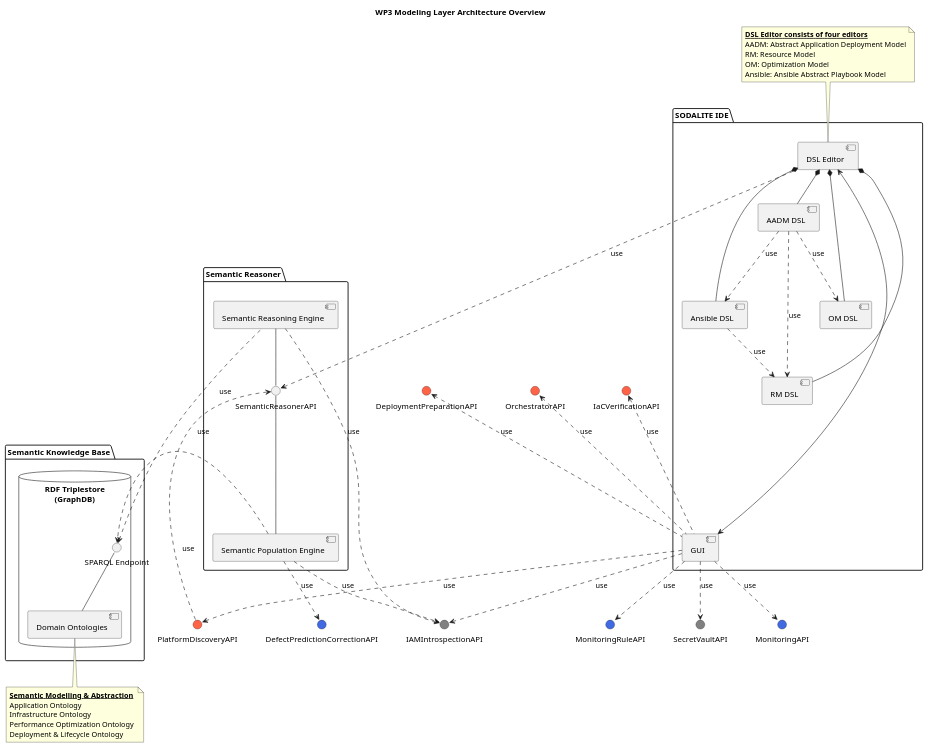
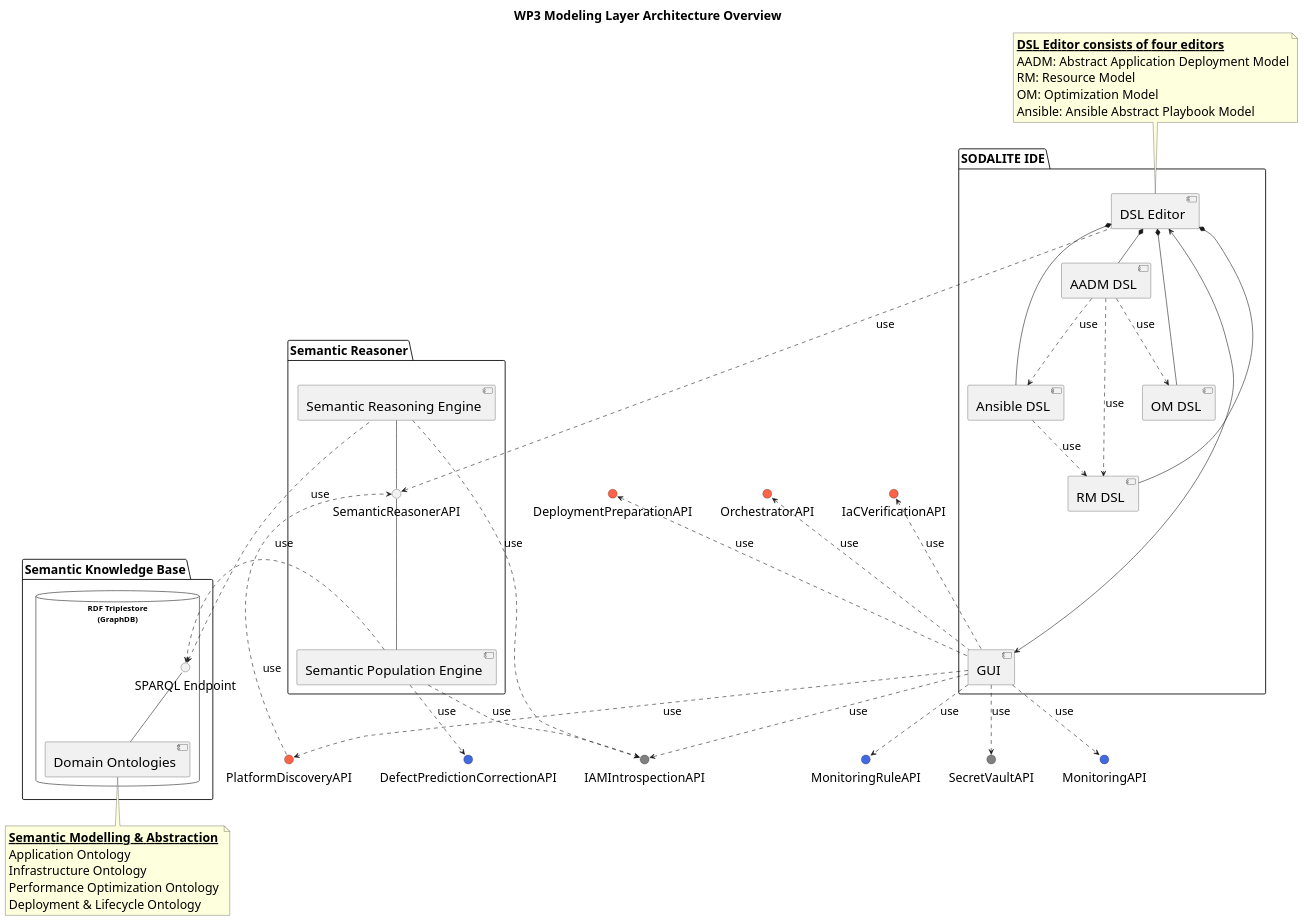
Before and after one commit to SODALITE-EU/project-wide-documentation: the diagram in uml/component-diagrams/CD-WP3-ArchitectureOverview.puml, drawn with PlantUML.

Commit message:
Increasing fonts

```diff
--- a/uml/component-diagrams/CD-WP3-ArchitectureOverview.puml
+++ b/uml/component-diagrams/CD-WP3-ArchitectureOverview.puml
@@ -1,84 +1,89 @@
 @startuml
+title WP3 Modeling Layer Architecture Overview
+skinparam componentFontSize 24
+skinparam componentArrowFontSize 20
+skinparam packageFontSize 22
+skinparam interfaceFontSize 22
+skinparam titleFontSize 22
+skinparam NoteFontSize 22
 
-title WP3 Modeling Layer Architecture Overview
+
 
 interface "IAMIntrospectionAPI" as AAUAPI #808080
 interface "SecretVaultAPI" as SecretVaultAPI #808080
 interface "DeploymentPreparationAPI" as deploymentPreparationAPI #FF6347
 interface "DefectPredictionCorrectionAPI" as correctionAPI #4169E1
 interface "MonitoringAPI" as monitoringAPI #4169E1
 interface "MonitoringRuleAPI" as monitoringRuleAPI #4169E1
 interface "IaCVerificationAPI" as iacverificationAPI #FF6347
 interface "OrchestratorAPI" as orchestratorAPI #FF6347
 interface "PlatformDiscoveryAPI" as PDS #FF6347
 
 package "SODALITE IDE" as IDE {
     component [DSL Editor] as ideDSLeditor
     component [AADM DSL] as AADM
     component [RM DSL] as RM
     component [OM DSL] as OM
     component [Ansible DSL] as Ansible
 
     ideDSLeditor *-- AADM
     ideDSLeditor *-- RM
     ideDSLeditor *-- OM
     ideDSLeditor *-- Ansible
     AADM ..> Ansible: use
     AADM ..> RM: use
     AADM ..> OM: use
     Ansible ..> RM :use
     component [GUI] as ideGUI
 }
 
 note top of ideDSLeditor
    __**DSL Editor consists of four editors**__ 
    AADM: Abstract Application Deployment Model
    RM: Resource Model
    OM: Optimization Model
    Ansible: Ansible Abstract Playbook Model
 end note
 
 
 package "Semantic Reasoner" as res {
     interface "SemanticReasonerAPI" as resAPI
     component [Semantic Population Engine] as resPopulationEngine
     component [Semantic Reasoning Engine] as resReasoningEngine
 }
 
 package "Semantic Knowledge Base" as repo {
     database "RDF Triplestore\n(GraphDB)" as triplestore {
         interface "SPARQL Endpoint" as repoEndpoint
         component [Domain Ontologies] as repoOntologies
     }
 }
 
 note bottom of repoOntologies
    __**Semantic Modelling & Abstraction**__ 
    Application Ontology
    Infrastructure Ontology
    Performance Optimization Ontology
    Deployment & Lifecycle Ontology
 end note
 
 ideGUI ..> PDS : use
 PDS ..> resAPI : use
 resAPI -down- resPopulationEngine
 resAPI -up- resReasoningEngine
-ideDSLeditor .left..> resAPI: use
+ideDSLeditor .left.> resAPI: use
 ideDSLeditor <-down----> ideGUI 
 repoOntologies -up- repoEndpoint
 resPopulationEngine .right.> repoEndpoint: use
 resReasoningEngine .left.> repoEndpoint: use
 resReasoningEngine ..> AAUAPI: use
 resPopulationEngine ..> correctionAPI: use
 resPopulationEngine ..> AAUAPI: use
 ideGUI .up.> deploymentPreparationAPI : use
 ideGUI ..> monitoringAPI : use
 ideGUI ..> monitoringRuleAPI : use
 ideGUI .up.> iacverificationAPI : use
 ideGUI ..> SecretVaultAPI : use
 ideGUI .up.> orchestratorAPI : use
 ideGUI ..> AAUAPI: use
-
-
 @enduml
```
